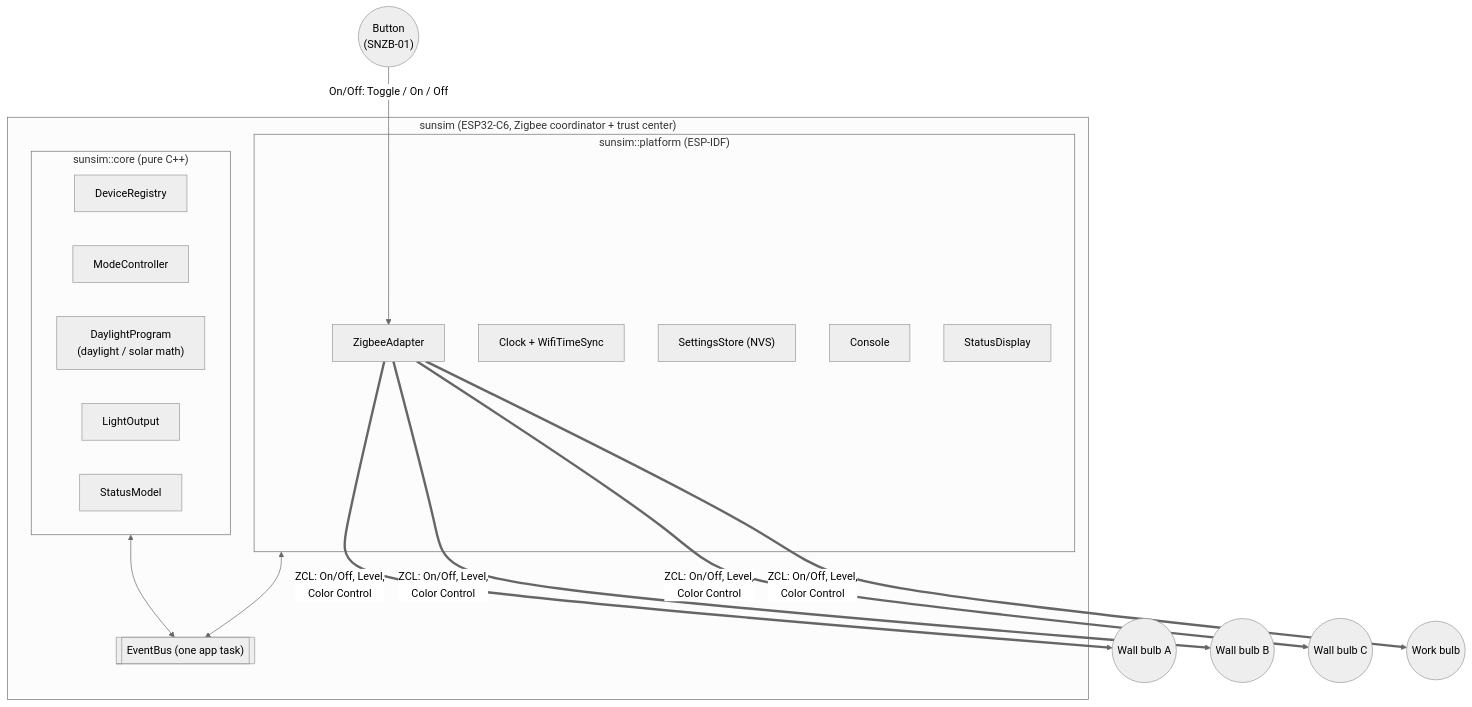
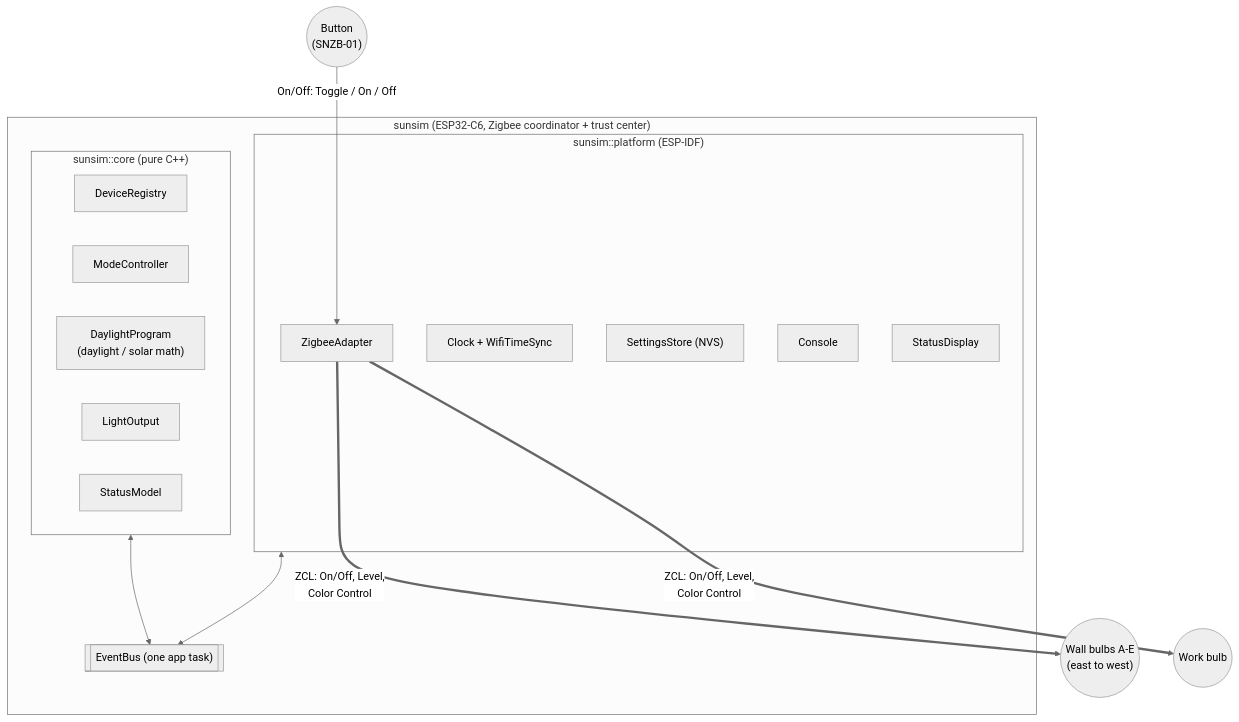
The first of 3 diagrams in DESIGN.md (bjerre/sunsim), drawn with Mermaid (neutral theme) before and after one commit. The commit also changed other lines of this file and 16 other files, not shown here.

First line of the commit message:
Roles as groups: a five-light wall, east to west

````diff
--- a/DESIGN.md
+++ b/DESIGN.md
@@ -8,31 +8,29 @@
 ```mermaid
 flowchart TB
     subgraph Coordinator["sunsim (ESP32-C6, Zigbee coordinator + trust center)"]
         Bus[["EventBus (one app task)"]]
         subgraph Core["sunsim::core (pure C++)"]
             Reg[DeviceRegistry]
             Mode[ModeController]
             Prog["DaylightProgram<br/>(daylight / solar math)"]
             Out[LightOutput]
             Stat[StatusModel]
         end
         subgraph Platform["sunsim::platform (ESP-IDF)"]
             ZA[ZigbeeAdapter]
             Clk["Clock + WifiTimeSync"]
             Set["SettingsStore (NVS)"]
             Con[Console]
             Disp[StatusDisplay]
         end
         Core <--> Bus
         Platform <--> Bus
     end
 
-    WallA((Wall bulb A))
-    WallB((Wall bulb B))
-    WallC((Wall bulb C))
+    Wall(("Wall bulbs A-E<br/>(east to west)"))
     Work((Work bulb))
     Switch(("Button<br/>(SNZB-01)"))
 
-    ZA == "ZCL: On/Off, Level,<br/>Color Control" ==> WallA & WallB & WallC & Work
+    ZA == "ZCL: On/Off, Level,<br/>Color Control" ==> Wall & Work
     Switch -- "On/Off: Toggle / On / Off" --> ZA
 ```
````
